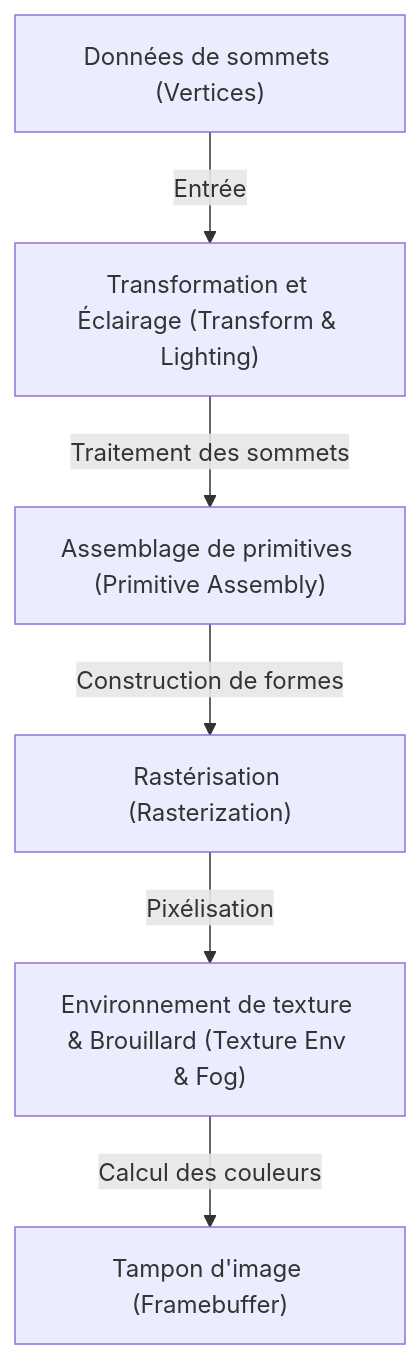
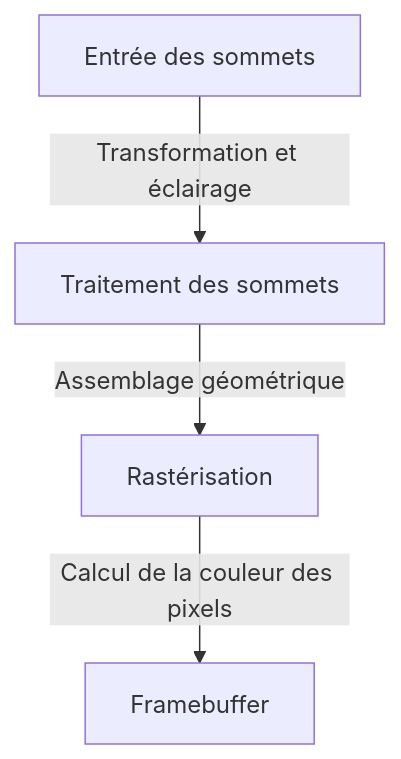
One commit to kenjinote/blog changed the first of 2 diagrams in content/post/opengl-basics-and-history/index.fr.md. Above: the diagram before and after it, drawn with Mermaid. The commit also changed other lines of this file and 129 other files, not shown here.

````diff
--- a/content/post/opengl-basics-and-history/index.fr.md
+++ b/content/post/opengl-basics-and-history/index.fr.md
@@ -41,15 +35,6 @@
 ```mermaid
 graph TD
-    A["Données de sommets (Vertices)"]
-    B["Transformation et Éclairage (Transform & Lighting)"]
-    C["Assemblage de primitives (Primitive Assembly)"]
-    D["Rastérisation (Rasterization)"]
-    E["Environnement de texture & Brouillard (Texture Env & Fog)"]
-    F["Tampon d'image (Framebuffer)"]
-
-    A -- "Entrée" --> B
-    B -- "Traitement des sommets" --> C
-    C -- "Construction de formes" --> D
-    D -- "Pixélisation" --> E
-    E -- "Calcul des couleurs" --> F
+    A["Entrée des sommets"] -- "Transformation et éclairage" --> B["Traitement des sommets"]
+    B -- "Assemblage géométrique" --> C["Rastérisation"]
+    C -- "Calcul de la couleur des pixels" --> D["Framebuffer"]
 ```
````
